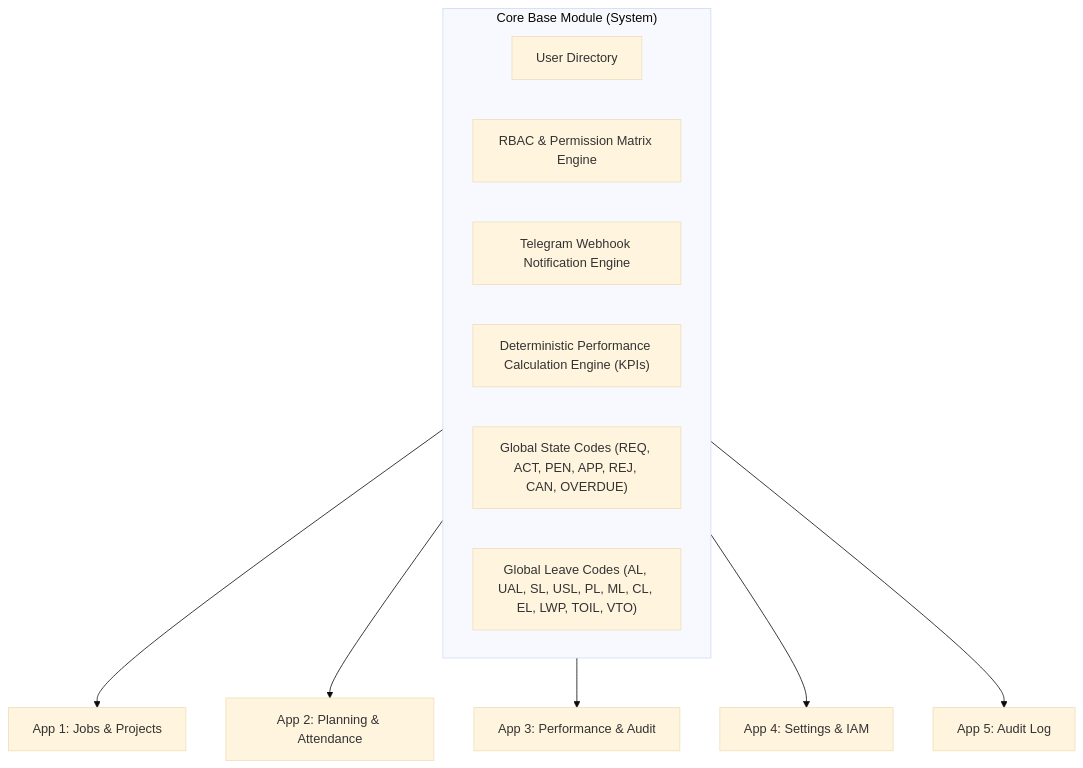
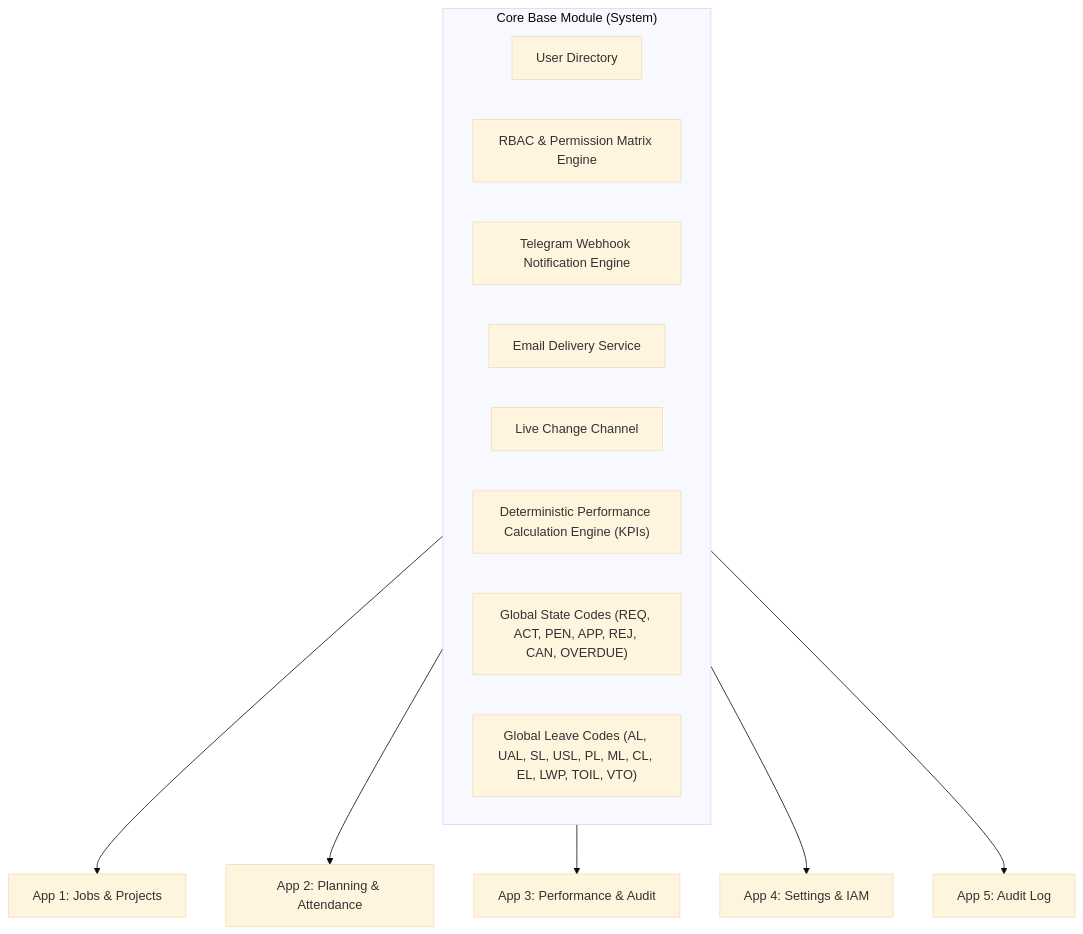
Before and after one commit to Lechcher/MES_project: the first of 10 diagrams in SYSTEM_ARCHITECTURE_DIAGRAM.md, drawn with Mermaid (base theme). The commit also changed other lines of this file and 1362 other files, not shown here.

````diff
--- a/SYSTEM_ARCHITECTURE_DIAGRAM.md
+++ b/SYSTEM_ARCHITECTURE_DIAGRAM.md
@@ -26,23 +26,25 @@
 ```mermaid
 flowchart TD
     subgraph CORE["Core Base Module (System)"]
         UD["User Directory"]
         RBAC["RBAC & Permission Matrix Engine"]
         TG["Telegram Webhook Notification Engine"]
+        EM["Email Delivery Service"]
+        LIVE["Live Change Channel"]
         KPI["Deterministic Performance Calculation Engine (KPIs)"]
         SC["Global State Codes (REQ, ACT, PEN, APP, REJ, CAN, OVERDUE)"]
         LC["Global Leave Codes (AL, UAL, SL, USL, PL, ML, CL, EL, LWP, TOIL, VTO)"]
     end
 
     J["App 1: Jobs & Projects"]
     P["App 2: Planning & Attendance"]
     F["App 3: Performance & Audit"]
     S["App 4: Settings & IAM"]
     A["App 5: Audit Log"]
 
     CORE --> J
     CORE --> P
     CORE --> F
     CORE --> S
     CORE --> A
 ```
````
